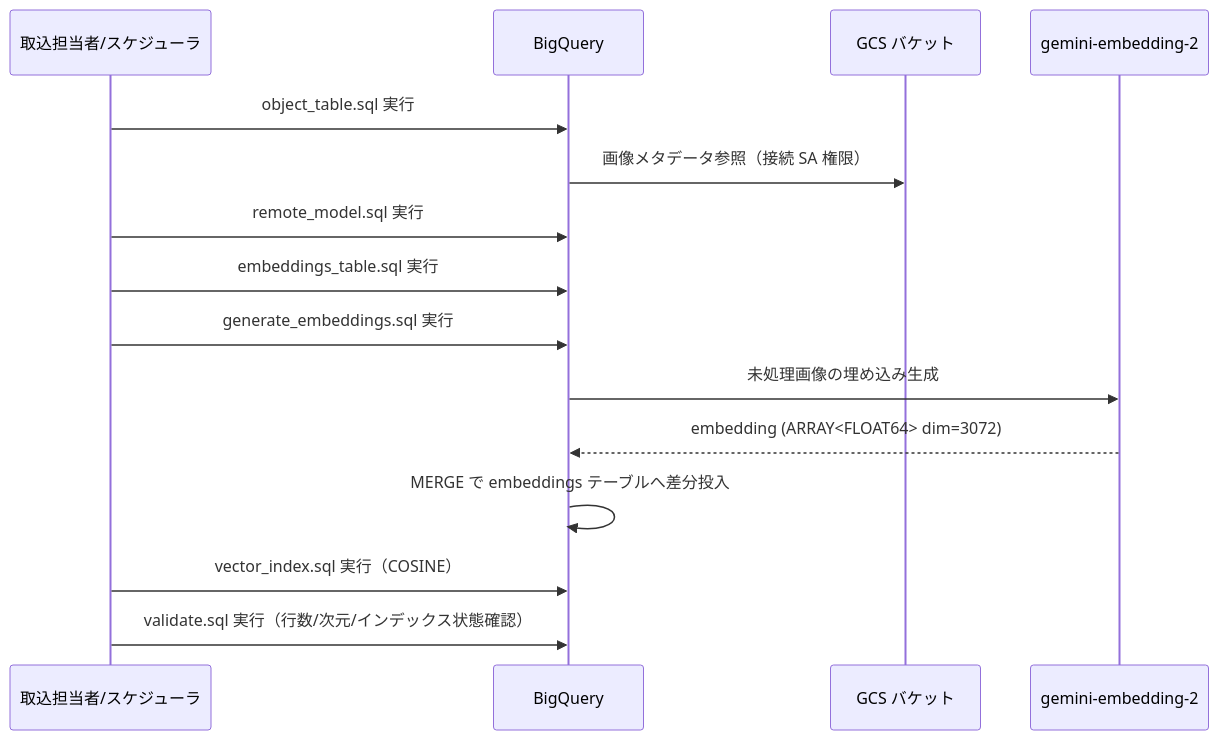
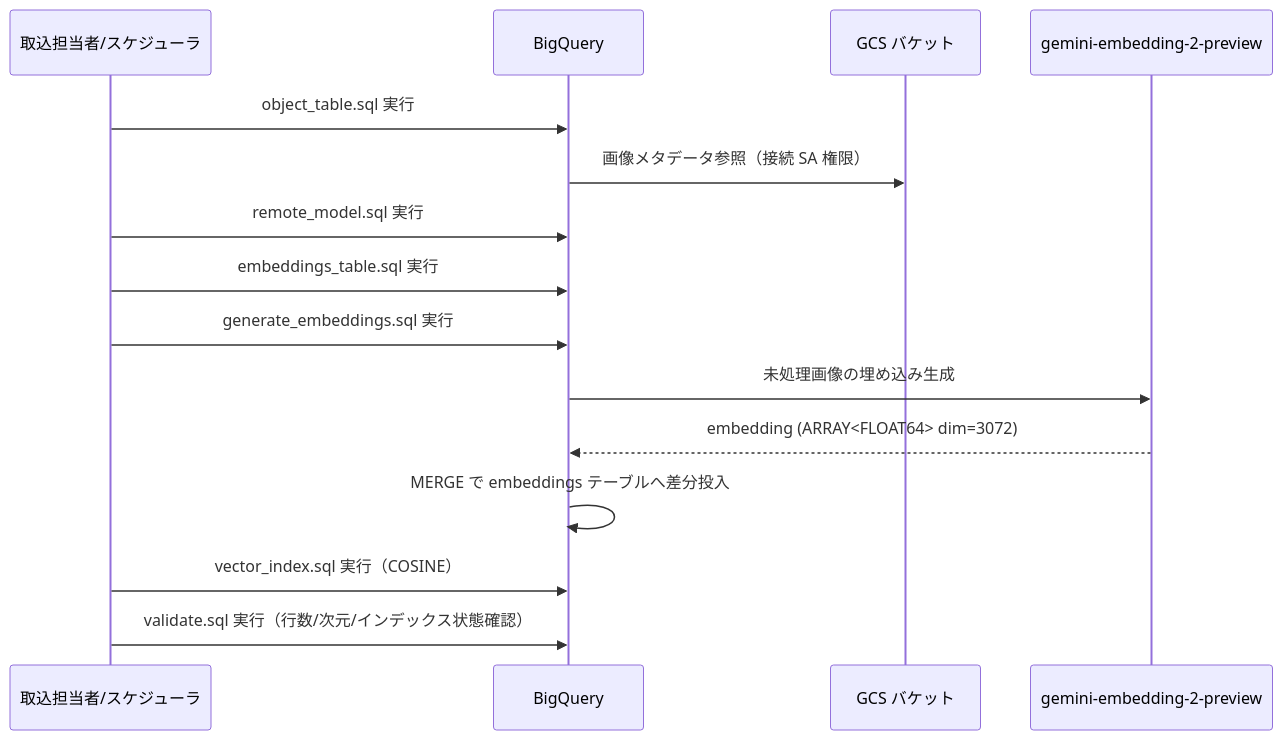
One commit to aGFydWtp/big-query-image-search changed the second of 2 diagrams in .kiro/specs/image-ingestion-pipeline/design.md. Above: the diagram before and after it, drawn with Mermaid. The commit also changed other lines of this file and 4 other files, not shown here.

````diff
--- a/.kiro/specs/image-ingestion-pipeline/design.md
+++ b/.kiro/specs/image-ingestion-pipeline/design.md
@@ -117,17 +118,17 @@
 ```mermaid
 sequenceDiagram
     participant Op as 取込担当者/スケジューラ
     participant BQ as BigQuery
     participant GCS as GCS バケット
-    participant Vertex as gemini-embedding-2
+    participant Vertex as gemini-embedding-2-preview
     Op->>BQ: object_table.sql 実行
     BQ->>GCS: 画像メタデータ参照（接続 SA 権限）
     Op->>BQ: remote_model.sql 実行
     Op->>BQ: embeddings_table.sql 実行
     Op->>BQ: generate_embeddings.sql 実行
     BQ->>Vertex: 未処理画像の埋め込み生成
     Vertex-->>BQ: embedding (ARRAY<FLOAT64> dim=3072)
     BQ->>BQ: MERGE で embeddings テーブルへ差分投入
     Op->>BQ: vector_index.sql 実行（COSINE）
     Op->>BQ: validate.sql 実行（行数/次元/インデックス状態確認）
 ```
````
